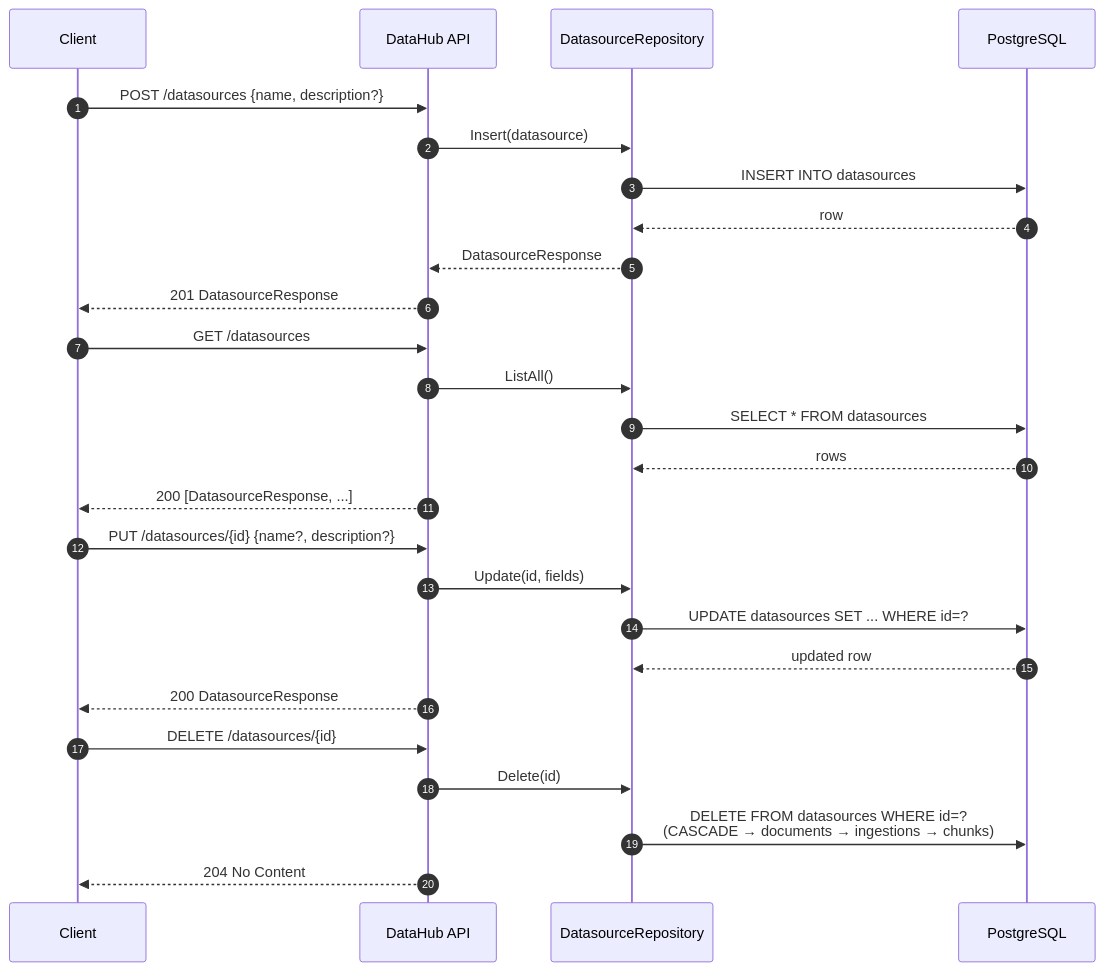
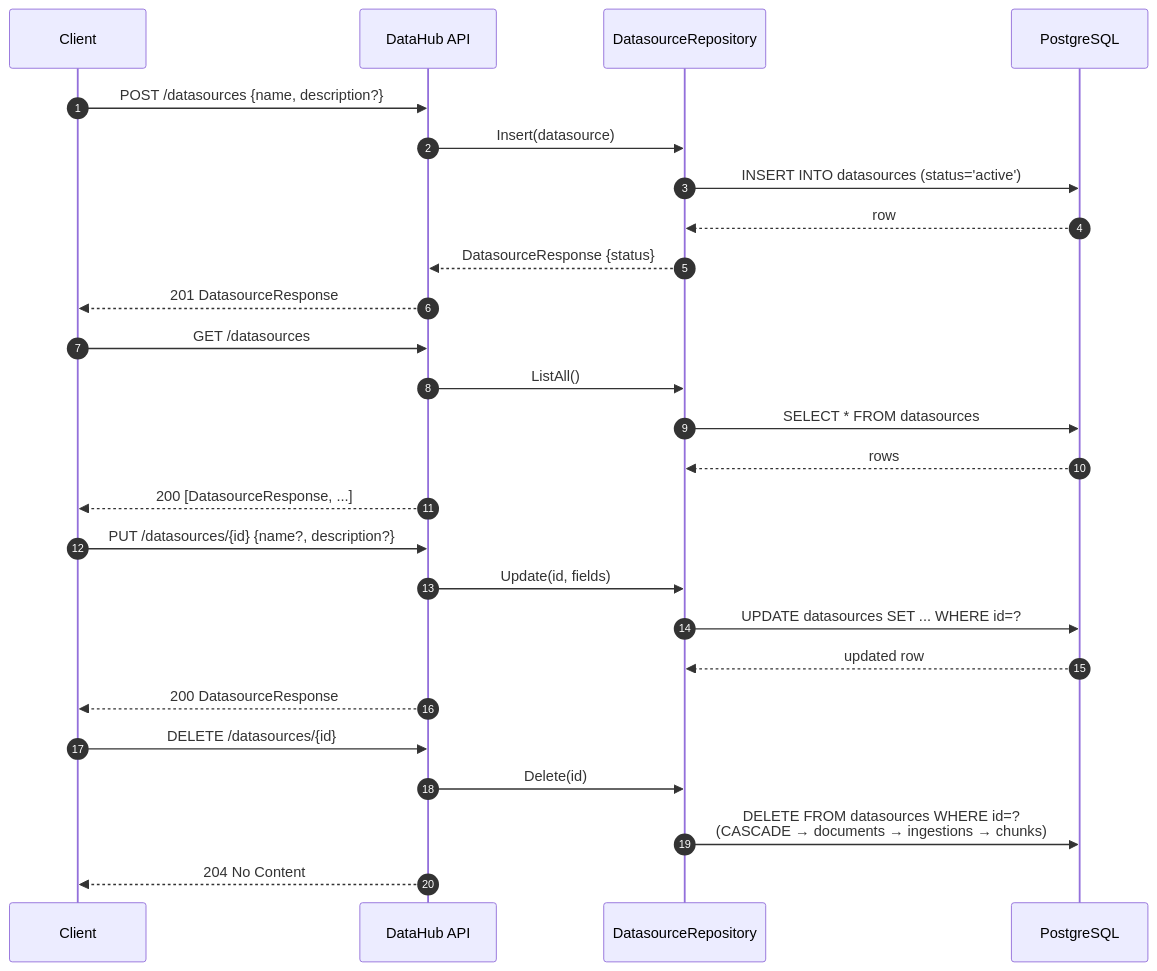
Before and after one commit to Andrew-Bu1/Agent-Platform: the tenth of 11 diagrams in docs/architecture/datahub/sequence.md, drawn with Mermaid. The commit also changed other lines of this file and 9 other files, not shown here.

First line of the commit message:
fix(datahub): align schema, models, repos, and docs with actual column names

````diff
--- a/docs/architecture/datahub/sequence.md
+++ b/docs/architecture/datahub/sequence.md
@@ -493,32 +493,32 @@
 ```mermaid
 sequenceDiagram
     autonumber
     participant C as Client
     participant DH as DataHub API
     participant DSRepo as DatasourceRepository
     participant DB as PostgreSQL
 
     C->>DH: POST /datasources {name, description?}
     DH->>DSRepo: Insert(datasource)
-    DSRepo->>DB: INSERT INTO datasources
+    DSRepo->>DB: INSERT INTO datasources (status='active')
     DB-->>DSRepo: row
-    DSRepo-->>DH: DatasourceResponse
+    DSRepo-->>DH: DatasourceResponse {status}
     DH-->>C: 201 DatasourceResponse
 
     C->>DH: GET /datasources
     DH->>DSRepo: ListAll()
     DSRepo->>DB: SELECT * FROM datasources
     DB-->>DSRepo: rows
     DH-->>C: 200 [DatasourceResponse, ...]
 
     C->>DH: PUT /datasources/{id} {name?, description?}
     DH->>DSRepo: Update(id, fields)
     DSRepo->>DB: UPDATE datasources SET ... WHERE id=?
     DB-->>DSRepo: updated row
     DH-->>C: 200 DatasourceResponse
 
     C->>DH: DELETE /datasources/{id}
     DH->>DSRepo: Delete(id)
     DSRepo->>DB: DELETE FROM datasources WHERE id=?<br/>(CASCADE → documents → ingestions → chunks)
     DH-->>C: 204 No Content
 ```
````
